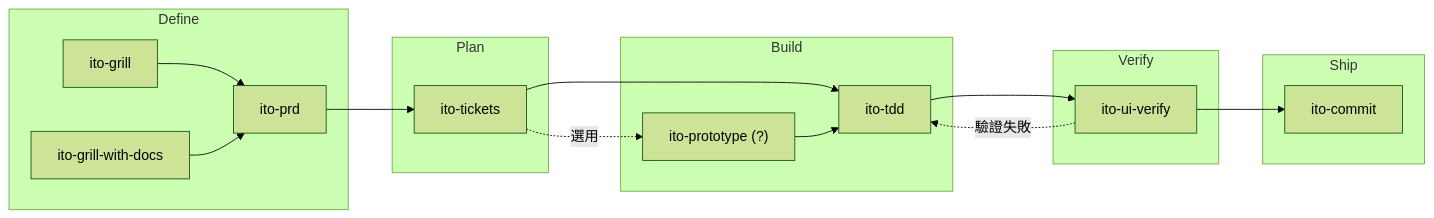
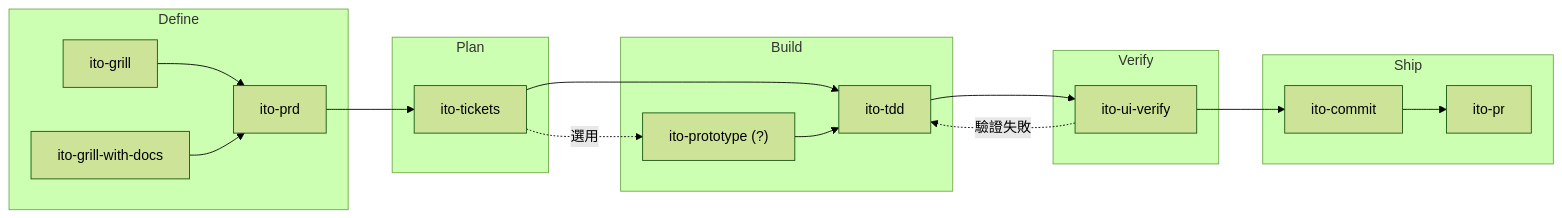
One commit to steveonead/agent-skills changed the diagram in README.md. Above: the diagram before and after it, drawn with Mermaid (forest theme). The commit also changed other lines of this file, not shown here.

````diff
--- a/README.md
+++ b/README.md
@@ -59,30 +41,32 @@
 ```mermaid
 flowchart LR
   subgraph Define
     G[ito-grill]
     GD[ito-grill-with-docs]
     P[ito-prd]
     G --> P
     GD --> P
   end
   subgraph Plan
     T[ito-tickets]
   end
   subgraph Build
     PT["ito-prototype (?)"]
     TDD[ito-tdd]
   end
   subgraph Verify
     UV[ito-ui-verify]
   end
   subgraph Ship
     C[ito-commit]
+    PR[ito-pr]
   end
   P --> T
   T --> TDD
   T -. 選用 .-> PT
   PT --> TDD
   TDD --> UV
   UV --> C
+  C --> PR
   UV -. 驗證失敗 .-> TDD
 ```
````
